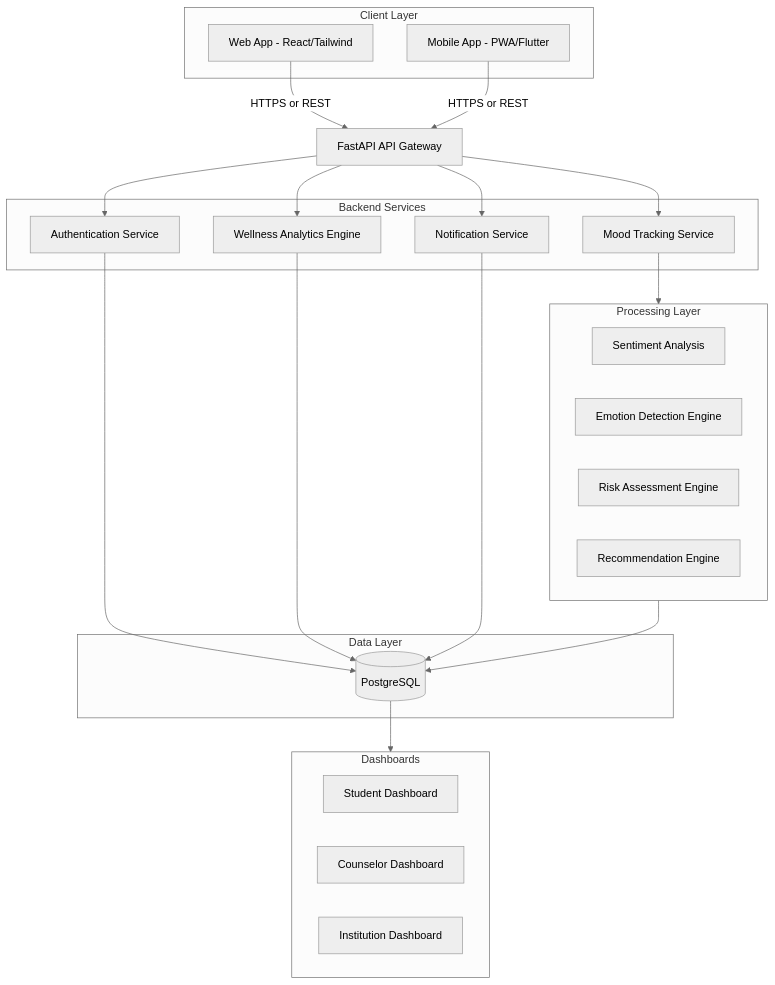
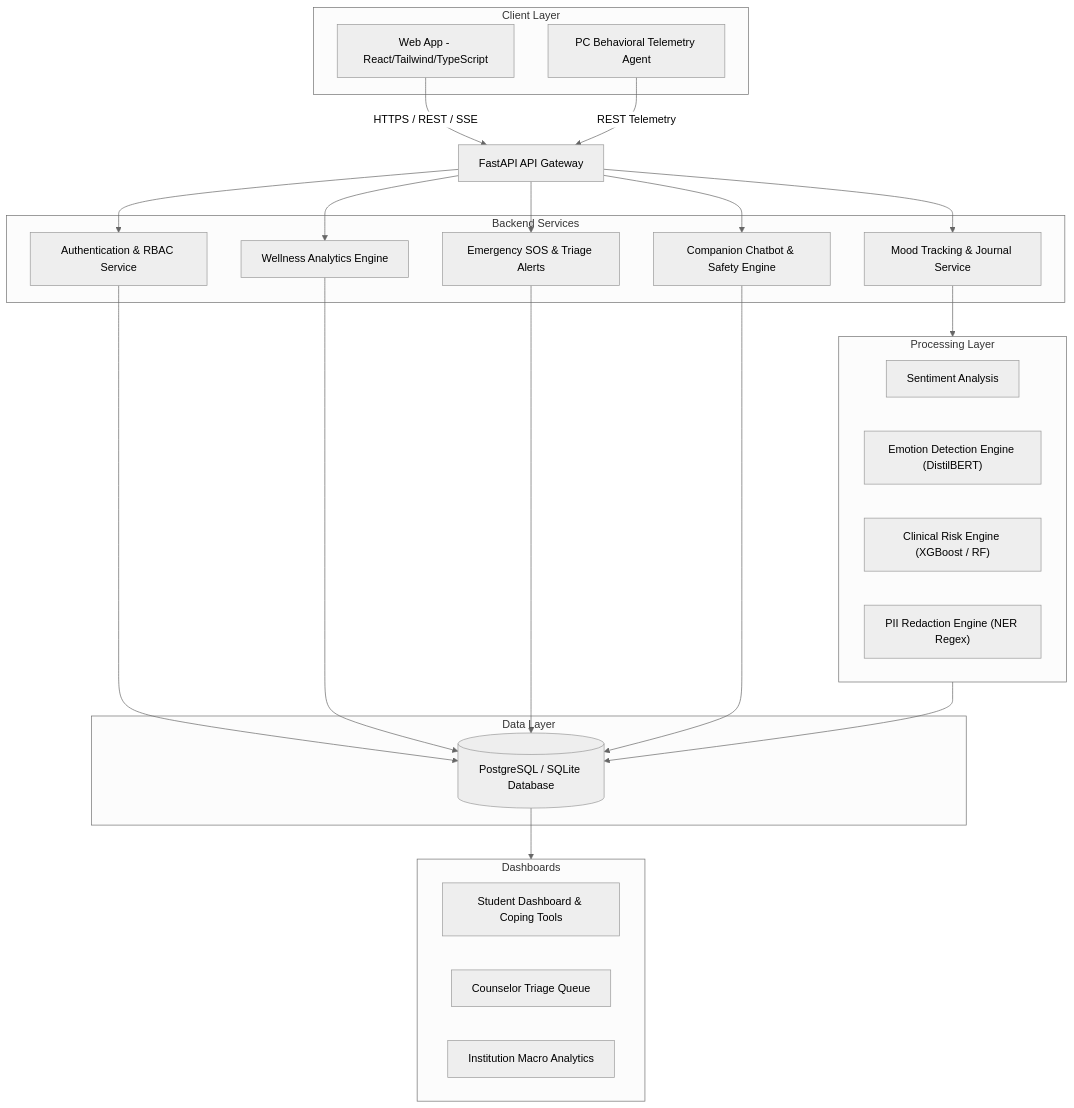
The first of 5 diagrams in README.md (PASUPULASAITEJA/MindGuardAI), drawn with Mermaid (neutral theme) before and after one commit. The commit also changed other lines of this file, not shown here.

````diff
--- a/README.md
+++ b/README.md
@@ -86,57 +97,60 @@
 ```mermaid
 graph TD
     %% Client Layer
     subgraph ClientLayer ["Client Layer"]
-        Web["Web App - React/Tailwind"]
-        Mobile["Mobile App - PWA/Flutter"]
+        Web["Web App - React/Tailwind/TypeScript"]
+        Agent["PC Behavioral Telemetry Agent"]
     end
 
     %% Gateway Layer
     Gateway["FastAPI API Gateway"]
 
     %% Internal Micro-services
     subgraph BackendServices ["Backend Services"]
-        Auth["Authentication Service"]
-        Mood["Mood Tracking Service"]
+        Auth["Authentication & RBAC Service"]
+        Mood["Mood Tracking & Journal Service"]
         Wellness["Wellness Analytics Engine"]
-        Notify["Notification Service"]
+        Alerts["Emergency SOS & Triage Alerts"]
+        Chat["Companion Chatbot & Safety Engine"]
     end
 
     %% AI / ML Processing
     subgraph ProcessingLayer ["Processing Layer"]
         Sentiment["Sentiment Analysis"]
-        Emotion["Emotion Detection Engine"]
-        Risk["Risk Assessment Engine"]
-        Recommend["Recommendation Engine"]
+        Emotion["Emotion Detection Engine (DistilBERT)"]
+        Risk["Clinical Risk Engine (XGBoost / RF)"]
+        PII["PII Redaction Engine (NER Regex)"]
     end
 
     %% Database
     subgraph DataLayer ["Data Layer"]
-        DB[("PostgreSQL")]
+        DB[("PostgreSQL / SQLite Database")]
     end
 
     %% Dashboard Outputs
     subgraph Dashboards ["Dashboards"]
-        StudentDash["Student Dashboard"]
-        CounselorDash["Counselor Dashboard"]
-        AdminDash["Institution Dashboard"]
+        StudentDash["Student Dashboard & Coping Tools"]
+        CounselorDash["Counselor Triage Queue"]
+        AdminDash["Institution Macro Analytics"]
     end
 
     %% Flow Connections
-    Web -->|HTTPS or REST| Gateway
-    Mobile -->|HTTPS or REST| Gateway
+    Web -->|HTTPS / REST / SSE| Gateway
+    Agent -->|REST Telemetry| Gateway
 
     Gateway --> Auth
     Gateway --> Mood
     Gateway --> Wellness
-    Gateway --> Notify
+    Gateway --> Alerts
+    Gateway --> Chat
 
     Mood --> ProcessingLayer
     ProcessingLayer --> DB
     
     Auth --> DB
     Wellness --> DB
-    Notify --> DB
+    Alerts --> DB
+    Chat --> DB
 
     DB --> Dashboards
 ```
````
